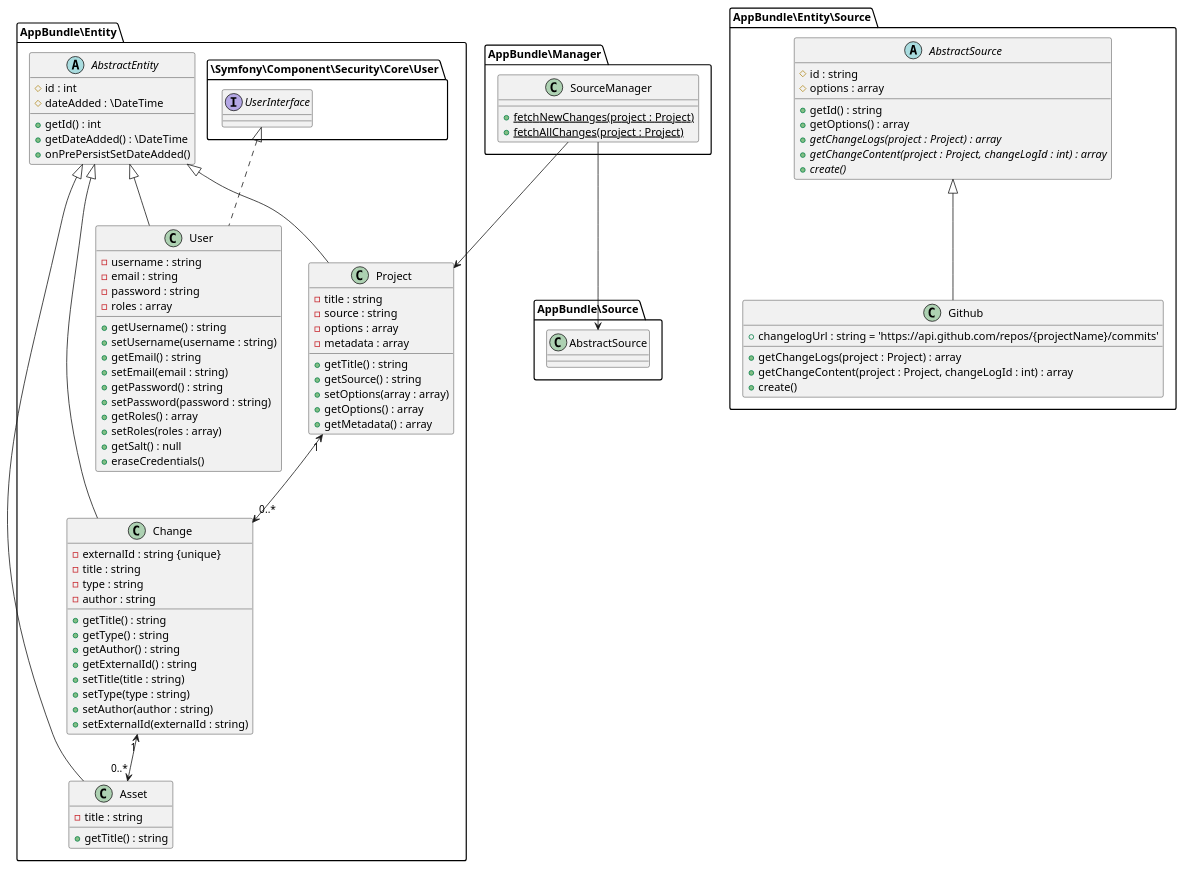
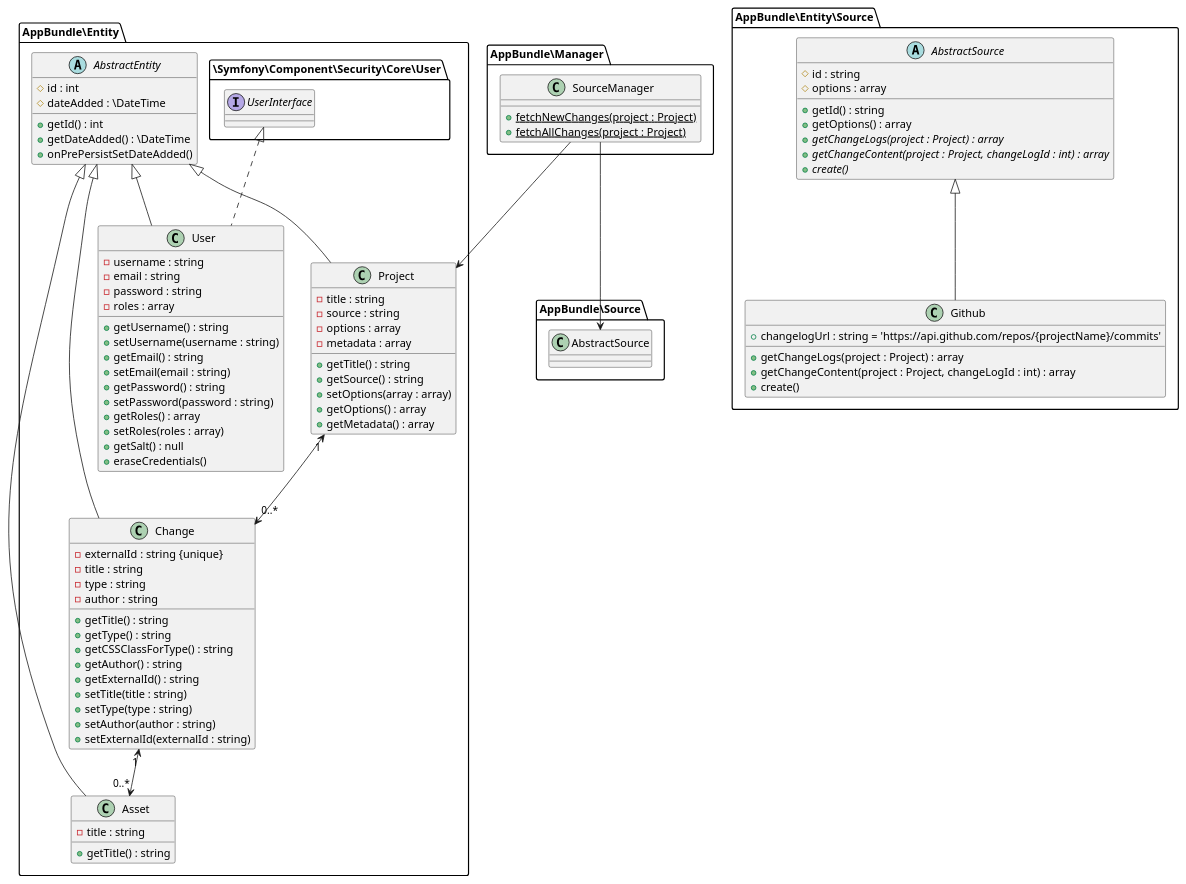
One commit to saitho/changebrowser changed the diagram in src/AppBundle/Documentation/entities.puml. Above: the diagram before and after it, drawn with PlantUML. The commit also changed 4 other files, not shown here.

```diff
--- a/src/AppBundle/Documentation/entities.puml
+++ b/src/AppBundle/Documentation/entities.puml
@@ -1,90 +1,91 @@
 @startuml
 
 AppBundle\Manager.SourceManager --> AppBundle\Entity.Project
 AppBundle\Manager.SourceManager --> AppBundle\Source.AbstractSource
 
 namespace AppBundle\Manager {
     class SourceManager {
         + {static} fetchNewChanges(project : Project)
         + {static} fetchAllChanges(project : Project)
     }
 }
 
 namespace AppBundle\Entity\Source {
     abstract class AbstractSource {
         # id : string
         # options : array
         + getId() : string
         + getOptions() : array
         {abstract} + getChangeLogs(project : Project) : array
         {abstract} + getChangeContent(project : Project, changeLogId : int) : array
         {abstract} + create()
     }
     class Github extends AbstractSource {
         + changelogUrl : string = 'https://api.github.com/repos/{projectName}/commits'
         + getChangeLogs(project : Project) : array
         + getChangeContent(project : Project, changeLogId : int) : array
         + create()
     }
 }
 
 namespace AppBundle\Entity {
     abstract class AbstractEntity {
         # id : int
         # dateAdded : \DateTime
         + getId() : int
         + getDateAdded() : \DateTime
         + onPrePersistSetDateAdded()
     }
     class Asset extends AbstractEntity {
         - title : string
         + getTitle() : string
     }
     class Change extends AbstractEntity {
         - externalId : string {unique}
         - title : string
         - type : string
         - author : string
         + getTitle() : string
         + getType() : string
+        + getCSSClassForType() : string
         + getAuthor() : string
         + getExternalId() : string
         + setTitle(title : string)
         + setType(type : string)
         + setAuthor(author : string)
         + setExternalId(externalId : string)
     }
     class Project extends AbstractEntity {
         - title : string
         - source : string
         - options : array
         - metadata : array
         + getTitle() : string
         + getSource() : string
         + setOptions(array : array)
         + getOptions() : array
         + getMetadata() : array
     }
     class User extends AbstractEntity implements \Symfony\Component\Security\Core\User.UserInterface {
         - username : string
         - email : string
         - password : string
         - roles : array
         + getUsername() : string
         + setUsername(username : string)
         + getEmail() : string
         + setEmail(email : string)
         + getPassword() : string
         + setPassword(password : string)
         + getRoles() : array
         + setRoles(roles : array)
         + getSalt() : null
         + eraseCredentials()
     }
 
     Change "1" <--> "0..*" Asset
     Project "1" <--> "0..*" Change
 }
 
 
 @enduml
```
